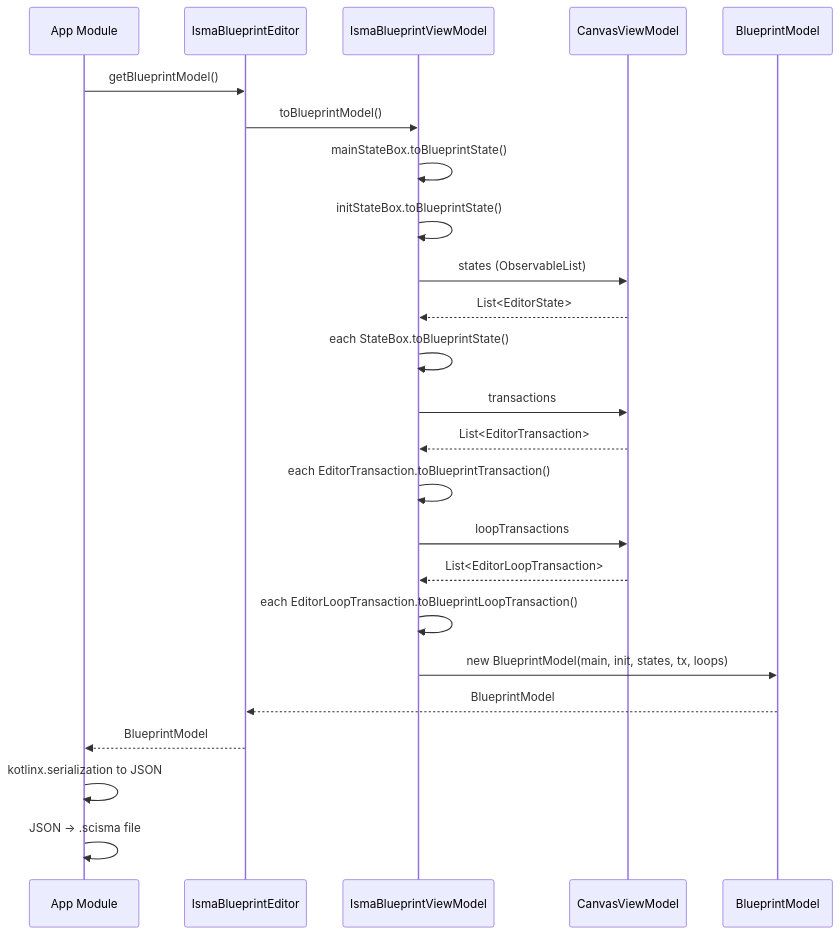
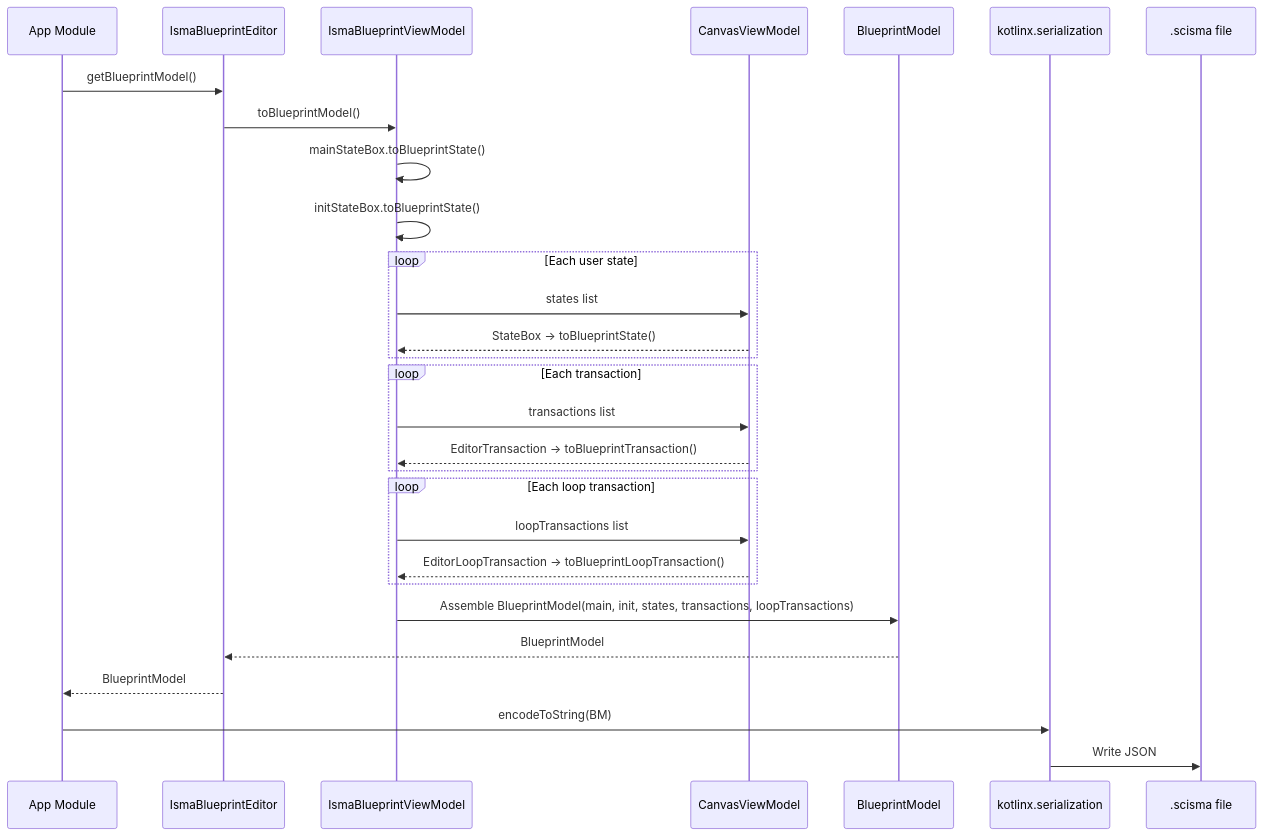
One commit to SmallBossGames/isma changed the first of 2 diagrams in docs/isma-ui/blueprint-editor/01-architecture.md. Above: the diagram before and after it, drawn with Mermaid. The commit also changed other lines of this file and 26 other files, not shown here.

````diff
--- a/docs/isma-ui/blueprint-editor/01-architecture.md
+++ b/docs/isma-ui/blueprint-editor/01-architecture.md
@@ -129,27 +75,32 @@
 ```mermaid
 sequenceDiagram
     participant App as App Module
     participant Editor as IsmaBlueprintEditor
     participant VM as IsmaBlueprintViewModel
-    participant CV as CanvasViewModel
+    participant CVM as CanvasViewModel
     participant BM as BlueprintModel
+    participant JSON as kotlinx.serialization
+    participant File as .scisma file
 
     App->>Editor: getBlueprintModel()
     Editor->>VM: toBlueprintModel()
     VM->>VM: mainStateBox.toBlueprintState()
     VM->>VM: initStateBox.toBlueprintState()
-    VM->>CV: states (ObservableList)
-    CV-->>VM: List<EditorState>
-    VM->>VM: each StateBox.toBlueprintState()
-    VM->>CV: transactions
-    CV-->>VM: List<EditorTransaction>
-    VM->>VM: each EditorTransaction.toBlueprintTransaction()
-    VM->>CV: loopTransactions
-    CV-->>VM: List<EditorLoopTransaction>
-    VM->>VM: each EditorLoopTransaction.toBlueprintLoopTransaction()
-    VM->>BM: new BlueprintModel(main, init, states, tx, loops)
+    loop Each user state
+        VM->>CVM: states list
+        CVM-->>VM: StateBox → toBlueprintState()
+    end
+    loop Each transaction
+        VM->>CVM: transactions list
+        CVM-->>VM: EditorTransaction → toBlueprintTransaction()
+    end
+    loop Each loop transaction
+        VM->>CVM: loopTransactions list
+        CVM-->>VM: EditorLoopTransaction → toBlueprintLoopTransaction()
+    end
+    VM->>BM: Assemble BlueprintModel(main, init, states, transactions, loopTransactions)
     BM-->>Editor: BlueprintModel
     Editor-->>App: BlueprintModel
-    App->>App: kotlinx.serialization to JSON
-    App->>App: JSON → .scisma file
+    App->>JSON: encodeToString(BM)
+    JSON->>File: Write JSON
 ```
````
